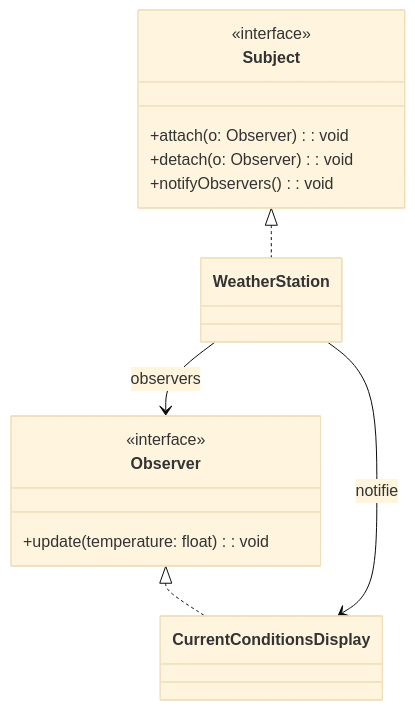
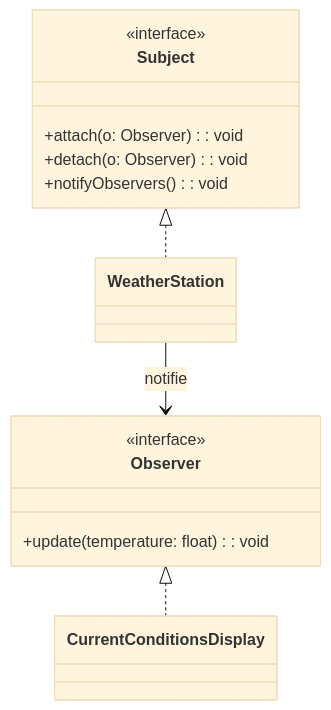
One commit to ophenix-maisonneuve/420-930-ma-site-web changed the diagram in _notes/patterns/comportement/pattern-observer.md. Above: the diagram before and after it, drawn with Mermaid (base theme). The commit also changed 1 other file, not shown here.

Commit message:
corrections mineures diagrammes classes command et observer

````diff
--- a/_notes/patterns/comportement/pattern-observer.md
+++ b/_notes/patterns/comportement/pattern-observer.md
@@ -30,17 +30,16 @@
 ```mermaid
 classDiagram
 class Subject {
   <<interface>>
   +attach(o: Observer): void
   +detach(o: Observer): void
   +notifyObservers(): void
 }
 class Observer {
   <<interface>>
   +update(temperature: float): void
 }
 Subject <|.. WeatherStation
 Observer <|.. CurrentConditionsDisplay
-WeatherStation --> Observer : observers
-WeatherStation --> CurrentConditionsDisplay : notifie
+WeatherStation --> Observer : notifie
 ```
````
